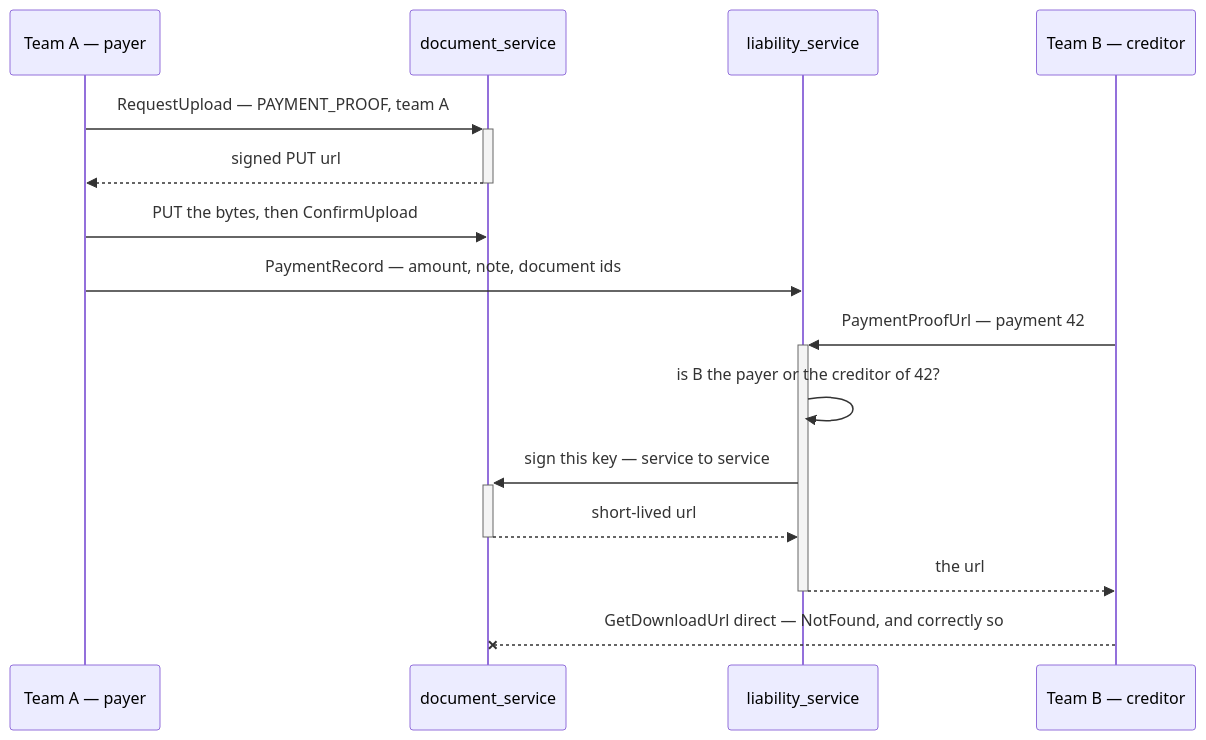
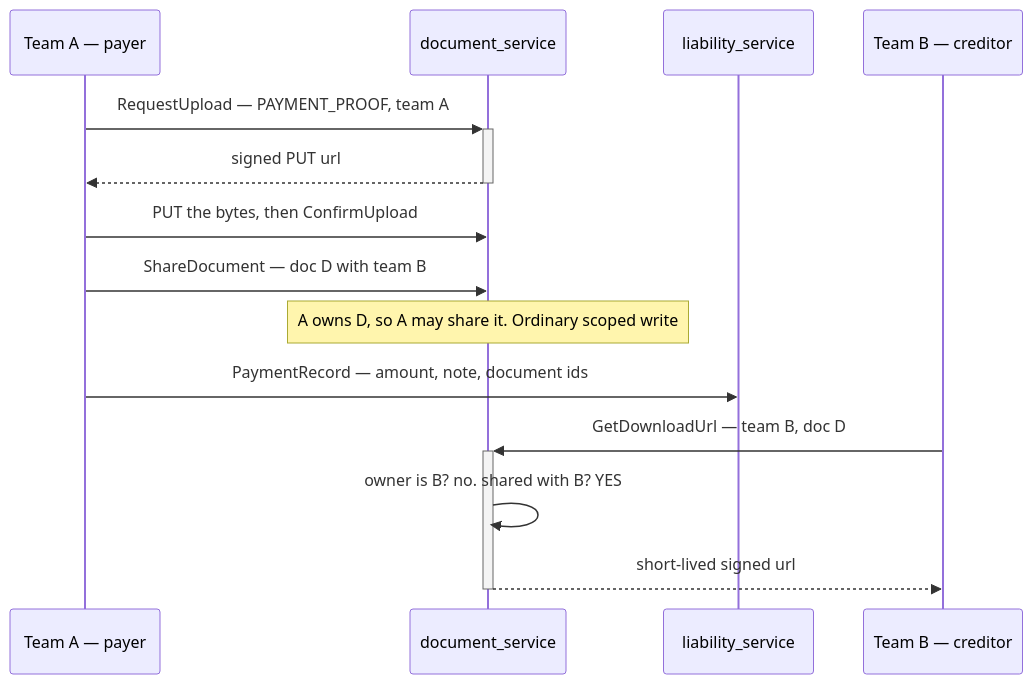
One commit to pdcgo/warehouse_revamp changed the fourth of 6 diagrams in docs/technical/balance/team_balance_design_clarify.md. Above: the diagram before and after it, drawn with Mermaid. The commit also changed other lines of this file and 4 other files, not shown here.

````diff
--- a/docs/technical/balance/team_balance_design_clarify.md
+++ b/docs/technical/balance/team_balance_design_clarify.md
@@ -389,20 +396,18 @@
 ```mermaid
 sequenceDiagram
     participant A as Team A — payer
     participant doc as document_service
     participant bal as liability_service
     participant B as Team B — creditor
 
     A->>+doc: RequestUpload — PAYMENT_PROOF, team A
     doc-->>-A: signed PUT url
     A->>doc: PUT the bytes, then ConfirmUpload
+    A->>doc: ShareDocument — doc D with team B
+    Note over doc: A owns D, so A may share it. Ordinary scoped write
     A->>bal: PaymentRecord — amount, note, document ids
 
-    B->>+bal: PaymentProofUrl — payment 42
-    bal->>bal: is B the payer or the creditor of 42?
-    bal->>+doc: sign this key — service to service
-    doc-->>-bal: short-lived url
-    bal-->>-B: the url
-
-    B--xdoc: GetDownloadUrl direct — NotFound, and correctly so
+    B->>+doc: GetDownloadUrl — team B, doc D
+    doc->>doc: owner is B? no. shared with B? YES
+    doc-->>-B: short-lived signed url
 ```
````
